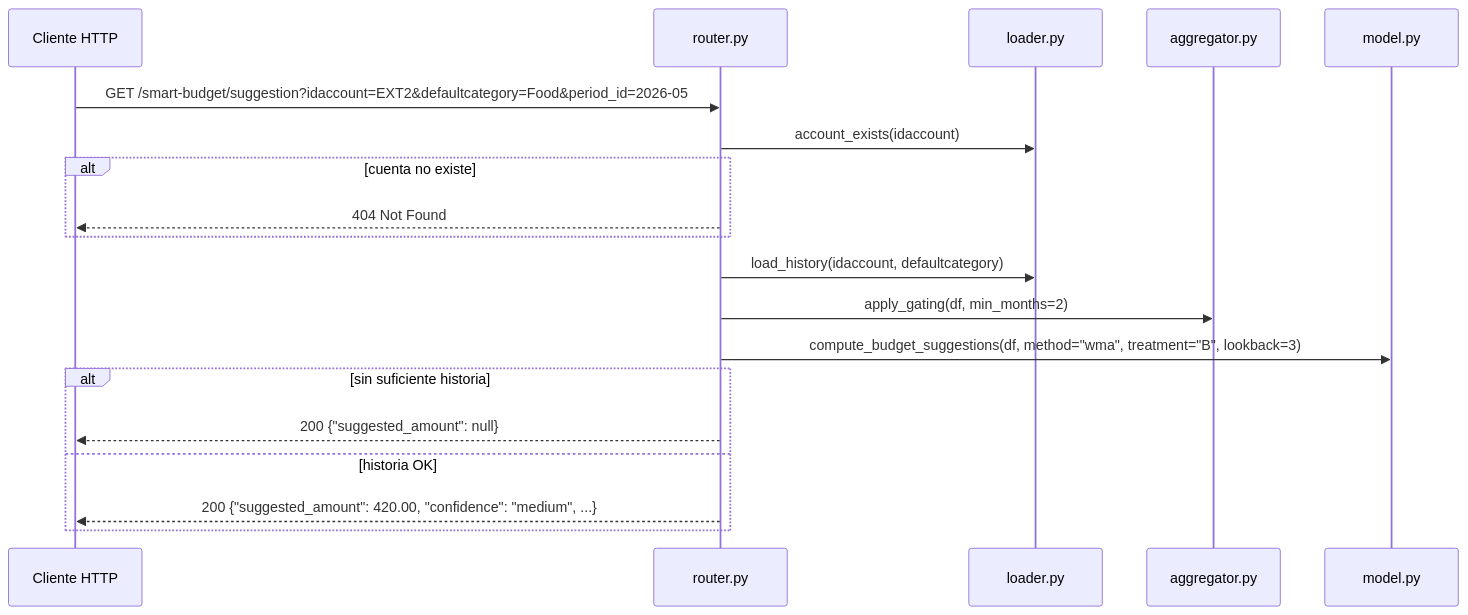
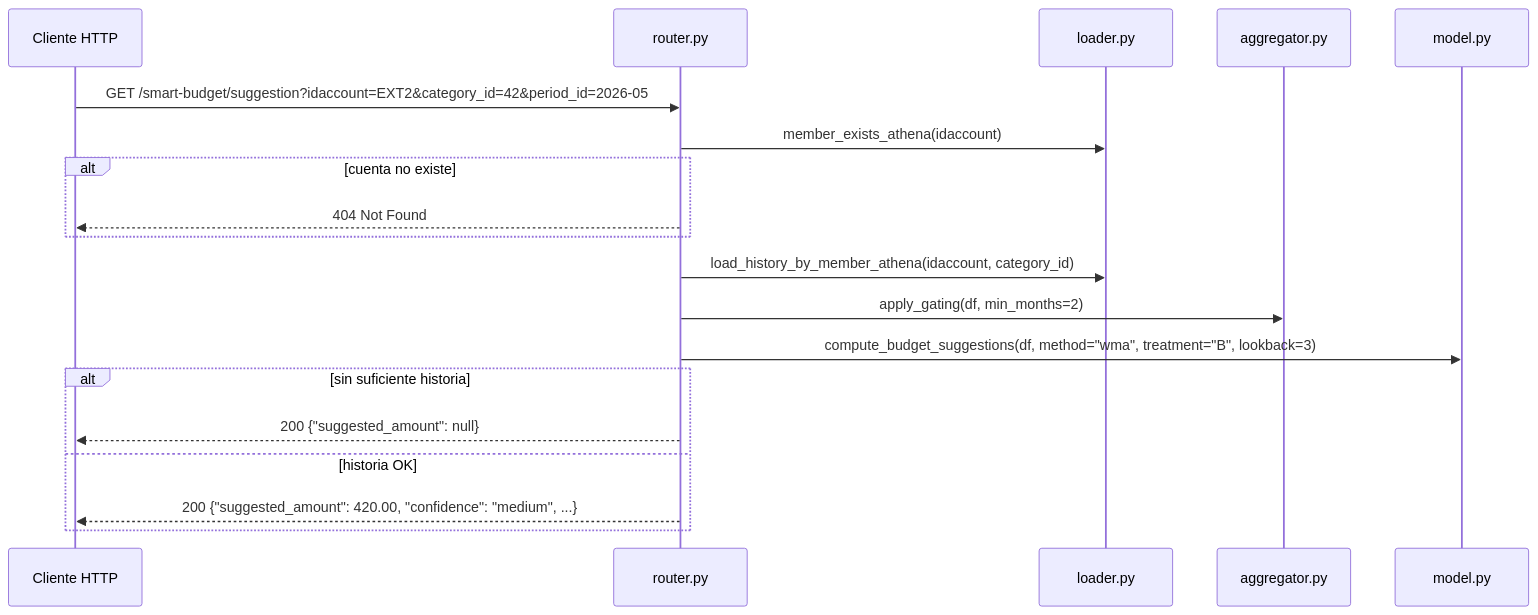
The diagram in docs/codemap/04-api/README.md (lbetancourth-dev-blossom/smart_budget), drawn with Mermaid before and after one commit. The commit also changed other lines of this file and 54 other files, not shown here.

First line of the commit message:
feat(smart-budget): DATA-1275 — migrate Smart Budget data source to Athena (#19)

````diff
--- a/docs/codemap/04-api/README.md
+++ b/docs/codemap/04-api/README.md
@@ -41,22 +41,22 @@
 ```mermaid
 sequenceDiagram
     participant Cliente as Cliente HTTP
     participant Router as router.py
     participant Loader as loader.py
     participant Aggregator as aggregator.py
     participant Model as model.py
 
-    Cliente->>Router: GET /smart-budget/suggestion?idaccount=EXT2&defaultcategory=Food&period_id=2026-05
-    Router->>Loader: account_exists(idaccount)
+    Cliente->>Router: GET /smart-budget/suggestion?idaccount=EXT2&category_id=42&period_id=2026-05
+    Router->>Loader: member_exists_athena(idaccount)
     alt cuenta no existe
         Router-->>Cliente: 404 Not Found
     end
-    Router->>Loader: load_history(idaccount, defaultcategory)
+    Router->>Loader: load_history_by_member_athena(idaccount, category_id)
     Router->>Aggregator: apply_gating(df, min_months=2)
     Router->>Model: compute_budget_suggestions(df, method="wma", treatment="B", lookback=3)
     alt sin suficiente historia
         Router-->>Cliente: 200 {"suggested_amount": null}
     else historia OK
         Router-->>Cliente: 200 {"suggested_amount": 420.00, "confidence": "medium", ...}
     end
 ```
````
